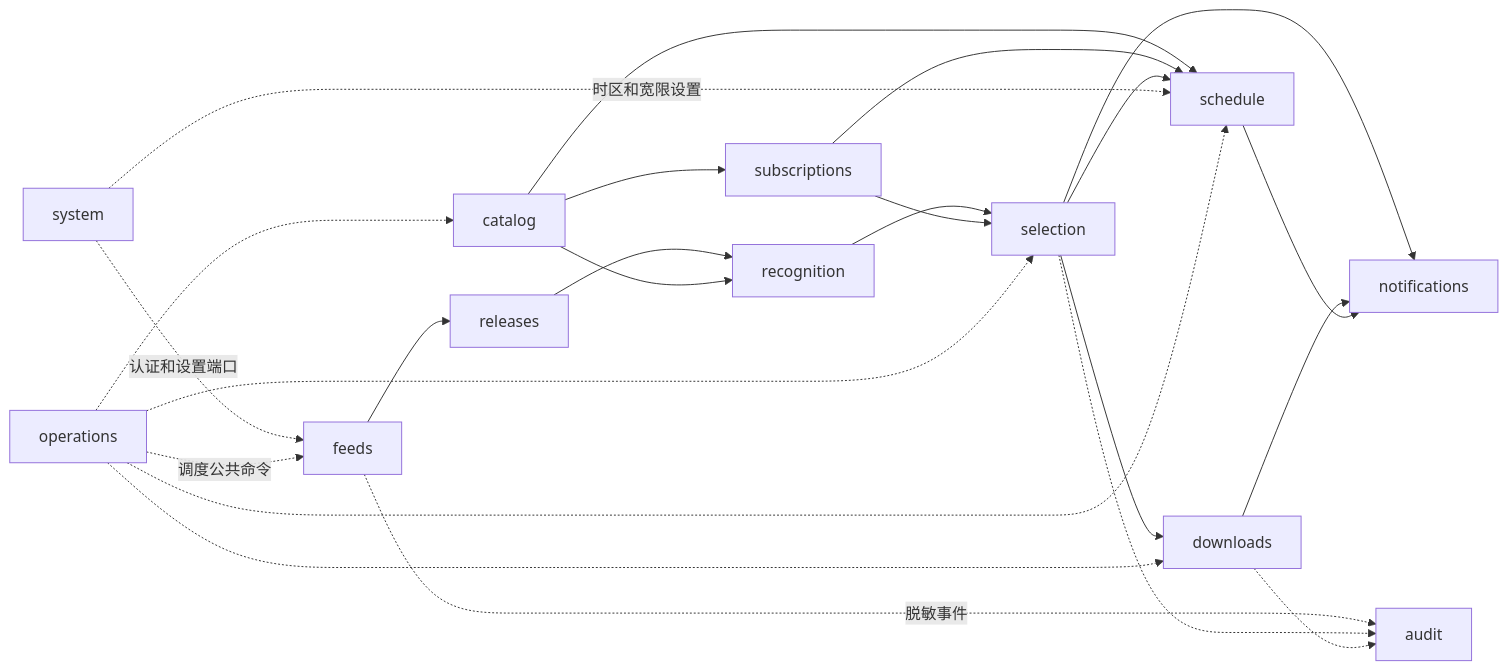
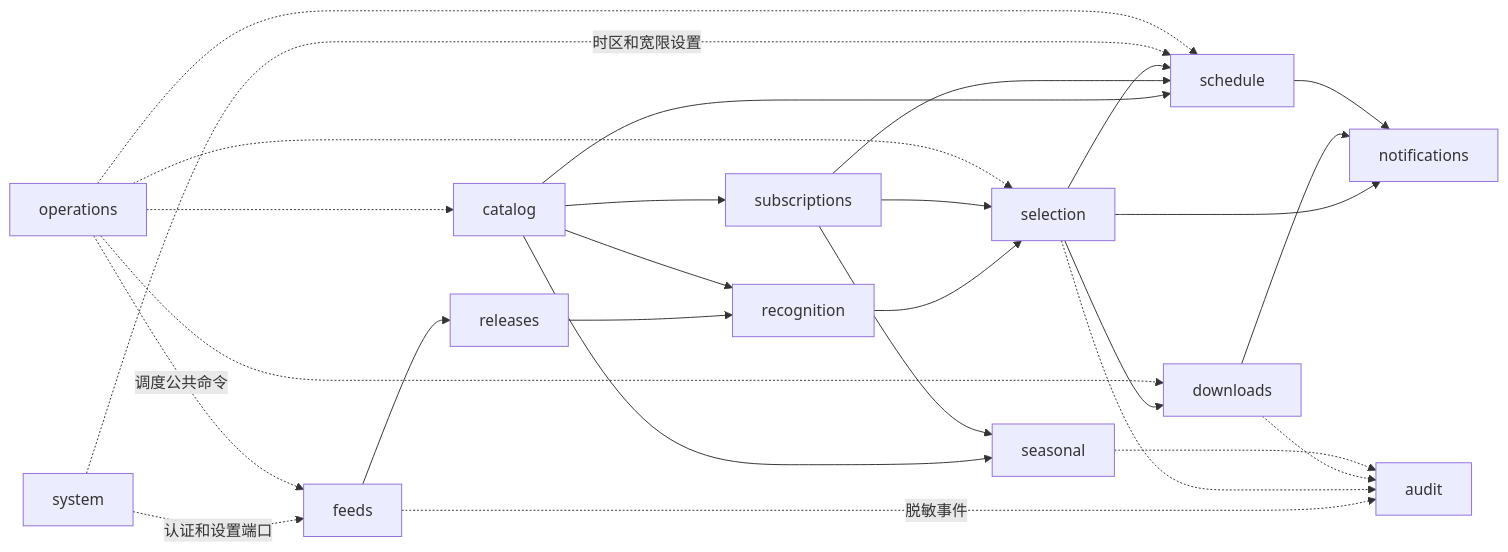
One commit to leavesster/anime-rss changed the second of 4 diagrams in ARCHITECTURE.md. Above: the diagram before and after it, drawn with Mermaid. The commit also changed other lines of this file and 26 other files, not shown here.

````diff
--- a/ARCHITECTURE.md
+++ b/ARCHITECTURE.md
@@ -109,27 +111,30 @@
 ```mermaid
 flowchart LR
     Feeds["feeds"] --> Releases["releases"]
     Releases --> Recognition["recognition"]
     Catalog["catalog"] --> Recognition
     Catalog --> Subscriptions["subscriptions"]
+    Catalog --> Seasonal["seasonal"]
+    Subscriptions --> Seasonal
     Recognition --> Selection["selection"]
     Subscriptions --> Selection
     Selection --> Downloads["downloads"]
     Selection --> Notifications["notifications"]
     Downloads --> Notifications
     Catalog --> Schedule["schedule"]
     Subscriptions --> Schedule
     Selection --> Schedule
     Schedule --> Notifications
 
     System["system"] -. "认证和设置端口" .-> Feeds
     System -. "时区和宽限设置" .-> Schedule
     Operations["operations"] -. "调度公共命令" .-> Feeds
     Operations -.-> Catalog
     Operations -.-> Selection
     Operations -.-> Downloads
     Operations -.-> Schedule
     Feeds -. "脱敏事件" .-> Audit["audit"]
     Selection -.-> Audit
     Downloads -.-> Audit
+    Seasonal -.-> Audit
 ```
````
